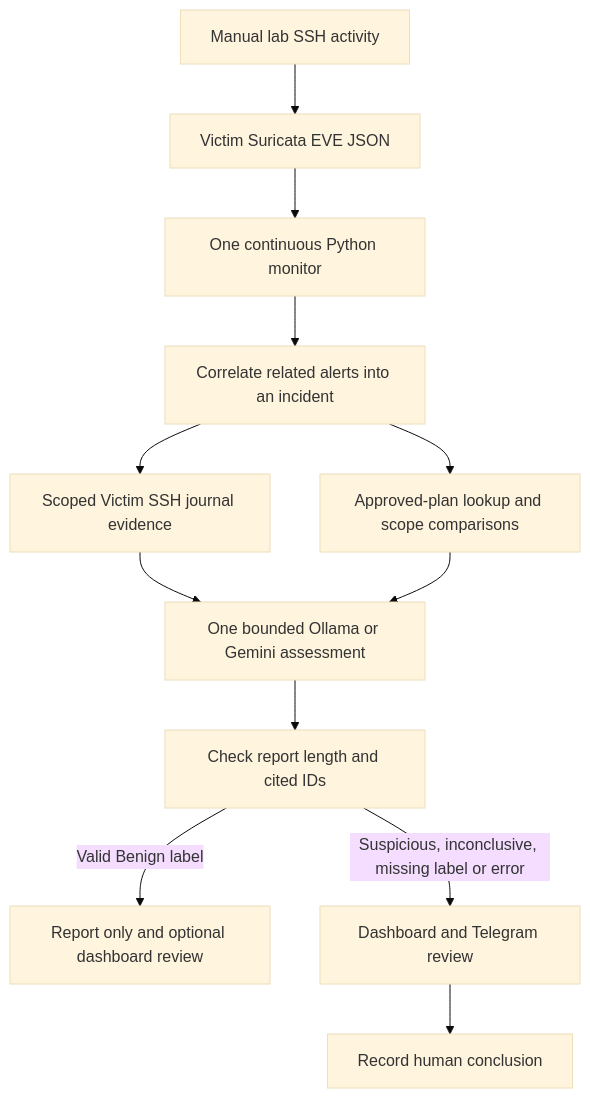
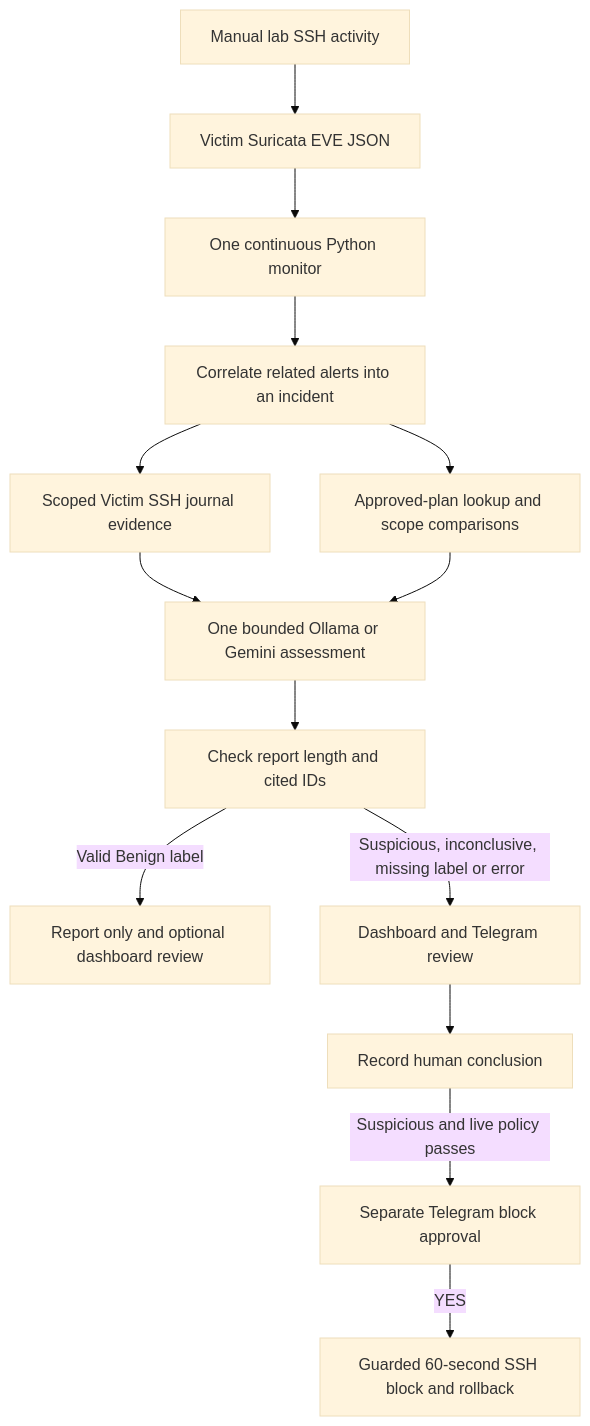
The first of 2 diagrams in README.md (mashaojin/soar-investigation-windows), drawn with Mermaid (base theme) before and after one commit. The commit also changed other lines of this file and 8 other files, not shown here.

Commit message:
Require separate live block approval after suspicious review

````diff
--- a/README.md
+++ b/README.md
@@ -32,14 +32,16 @@
 ```mermaid
 flowchart TD
     A[Manual lab SSH activity] --> B[Victim Suricata EVE JSON]
     B --> C[One continuous Python monitor]
     C --> D[Correlate related alerts into an incident]
     D --> E[Scoped Victim SSH journal evidence]
     D --> F[Approved-plan lookup and scope comparisons]
     E --> G[One bounded Ollama or Gemini assessment]
     F --> G
     G --> H[Check report length and cited IDs]
     H -->|Valid Benign label| I[Report only and optional dashboard review]
     H -->|Suspicious, inconclusive, missing label or error| J[Dashboard and Telegram review]
     J --> K[Record human conclusion]
+    K -->|Suspicious and live policy passes| L[Separate Telegram block approval]
+    L -->|YES| M[Guarded 60-second SSH block and rollback]
 ```
````
